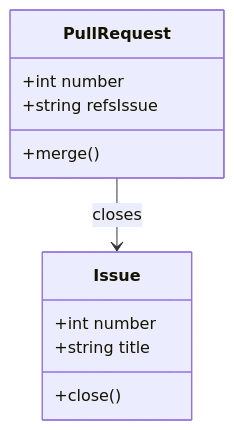
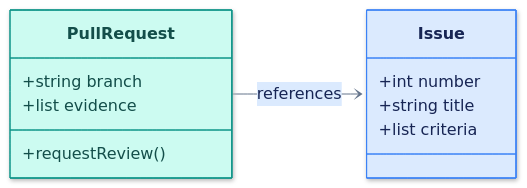
Before and after one commit to JeanKadang/DOC-GitHub-Practice-Skills: the third of 23 diagrams in education/examples/mermaid-diagram-types-showcase.md, drawn with Mermaid. The commit also changed other lines of this file, not shown here.

Commit message:
docs: improve Mermaid showcase visuals

````diff
--- a/education/examples/mermaid-diagram-types-showcase.md
+++ b/education/examples/mermaid-diagram-types-showcase.md
@@ -60,14 +133,30 @@
 ```mermaid
+---
+config:
+  theme: "base"
+  look: "neo"
+  themeVariables:
+    primaryColor: "#dbeafe"
+    primaryTextColor: "#172554"
+    primaryBorderColor: "#3b82f6"
+    secondaryColor: "#ccfbf1"
+    tertiaryColor: "#fef3c7"
+    lineColor: "#64748b"
+    fontFamily: "Segoe UI, Arial, sans-serif"
+---
 classDiagram
+    direction LR
     class Issue {
       +int number
       +string title
-      +close()
+      +list criteria
     }
     class PullRequest {
-      +int number
-      +string refsIssue
-      +merge()
+      +string branch
+      +list evidence
+      +requestReview()
     }
-    PullRequest --> Issue : closes
+    PullRequest --> Issue : references
+    style Issue fill:#dbeafe,stroke:#3b82f6,color:#172554
+    style PullRequest fill:#ccfbf1,stroke:#0d9488,color:#134e4a
 ```
````
